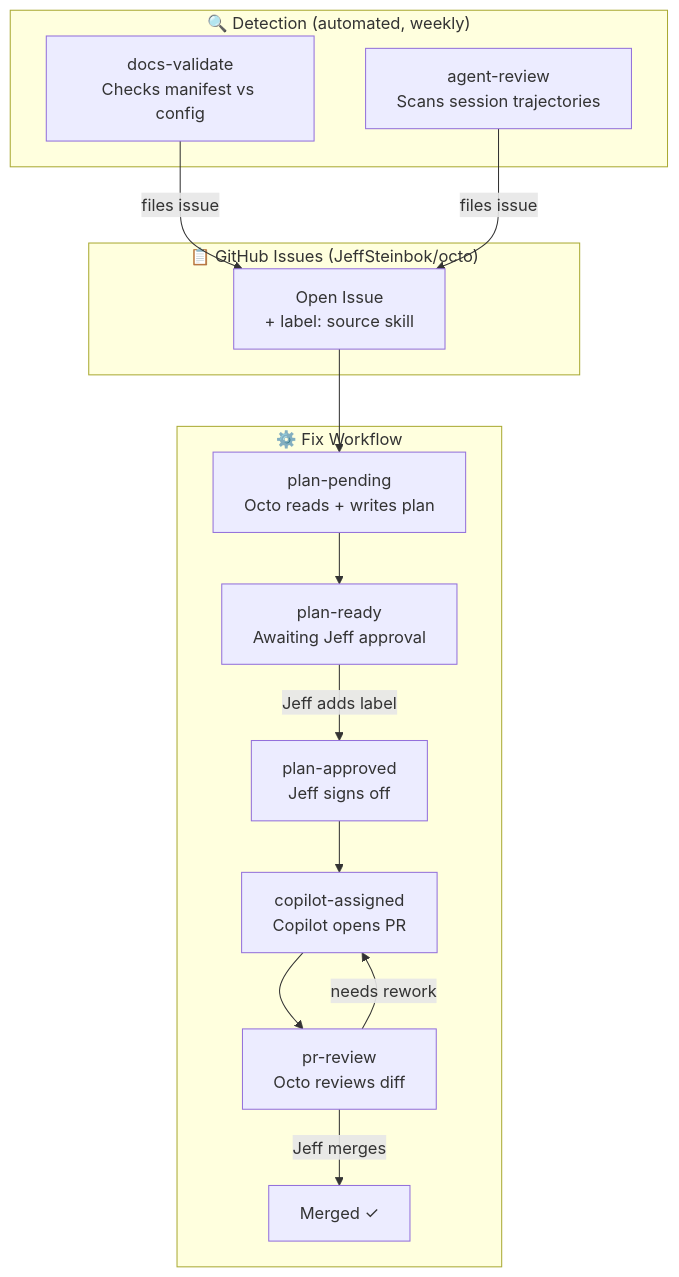
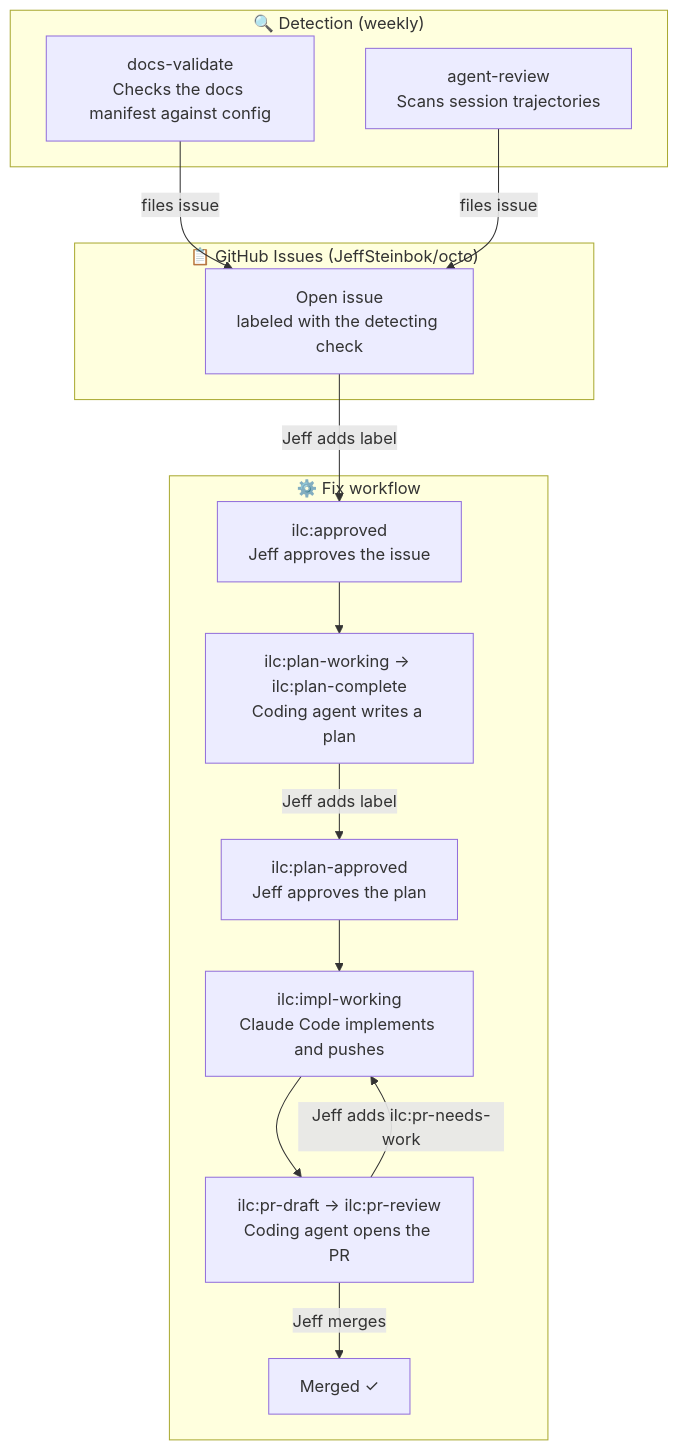
The diagram in docs/harness.md (JeffSteinbok/octo-docs), drawn with Mermaid before and after one commit. The commit also changed other lines of this file and 32 other files, not shown here.

````diff
--- a/docs/harness.md
+++ b/docs/harness.md
@@ -12,30 +18,30 @@
 ```mermaid
 flowchart TD
-    subgraph Detection ["🔍 Detection (automated, weekly)"]
-        DV["docs-validate\nChecks manifest vs config"]
+    subgraph Detection ["🔍 Detection (weekly)"]
+        DV["docs-validate\nChecks the docs manifest against config"]
         AR["agent-review\nScans session trajectories"]
     end
 
     subgraph Store ["📋 GitHub Issues (JeffSteinbok/octo)"]
-        GH["Open Issue\n+ label: source skill"]
+        GH["Open issue\nlabeled with the detecting check"]
     end
 
-    subgraph Lifecycle ["⚙️ Fix Workflow"]
-        PP["plan-pending\nOcto reads + writes plan"]
-        PR["plan-ready\nAwaiting Jeff approval"]
-        PA["plan-approved\nJeff signs off"]
-        CA["copilot-assigned\nCopilot opens PR"]
-        RV["pr-review\nOcto reviews diff"]
+    subgraph Lifecycle ["⚙️ Fix workflow"]
+        AP["ilc:approved\nJeff approves the issue"]
+        PW["ilc:plan-working → ilc:plan-complete\nCoding agent writes a plan"]
+        PA["ilc:plan-approved\nJeff approves the plan"]
+        IW["ilc:impl-working\nClaude Code implements and pushes"]
+        RV["ilc:pr-draft → ilc:pr-review\nCoding agent opens the PR"]
         MG["Merged ✓"]
     end
 
     DV -->|files issue| GH
     AR -->|files issue| GH
-    GH --> PP
-    PP --> PR
-    PR -->|Jeff adds label| PA
-    PA --> CA
-    CA --> RV
+    GH -->|Jeff adds label| AP
+    AP --> PW
+    PW -->|Jeff adds label| PA
+    PA --> IW
+    IW --> RV
     RV -->|Jeff merges| MG
-    RV -->|needs rework| CA
+    RV -->|Jeff adds ilc:pr-needs-work| IW
 ```
````
